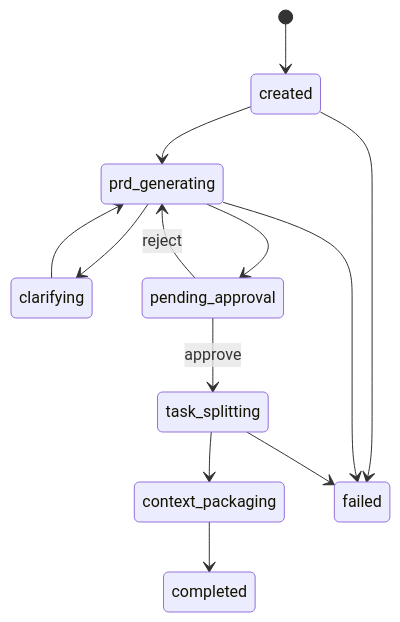
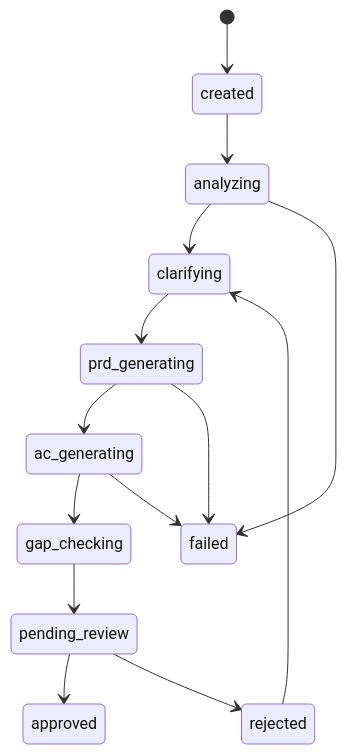
Before and after one commit to sujianjob/DevSmart: the second of 2 diagrams in docs/03-architecture/System_Flow_Diagrams.md, drawn with Mermaid. The commit also changed other lines of this file and 33 other files, not shown here.

````diff
--- a/docs/03-architecture/System_Flow_Diagrams.md
+++ b/docs/03-architecture/System_Flow_Diagrams.md
@@ -33,15 +30,16 @@
 ```mermaid
 stateDiagram-v2
     [*] --> created
-    created --> prd_generating
-    prd_generating --> clarifying
+    created --> analyzing
+    analyzing --> clarifying
     clarifying --> prd_generating
-    prd_generating --> pending_approval
-    pending_approval --> prd_generating: reject
-    pending_approval --> task_splitting: approve
-    task_splitting --> context_packaging
-    context_packaging --> completed
-    created --> failed
+    prd_generating --> ac_generating
+    ac_generating --> gap_checking
+    gap_checking --> pending_review
+    pending_review --> approved
+    pending_review --> rejected
+    rejected --> clarifying
+    analyzing --> failed
     prd_generating --> failed
-    task_splitting --> failed
+    ac_generating --> failed
 ```
````
